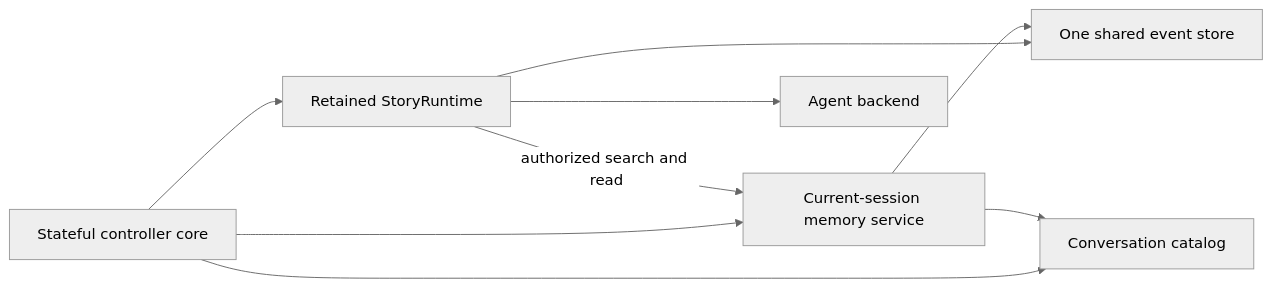
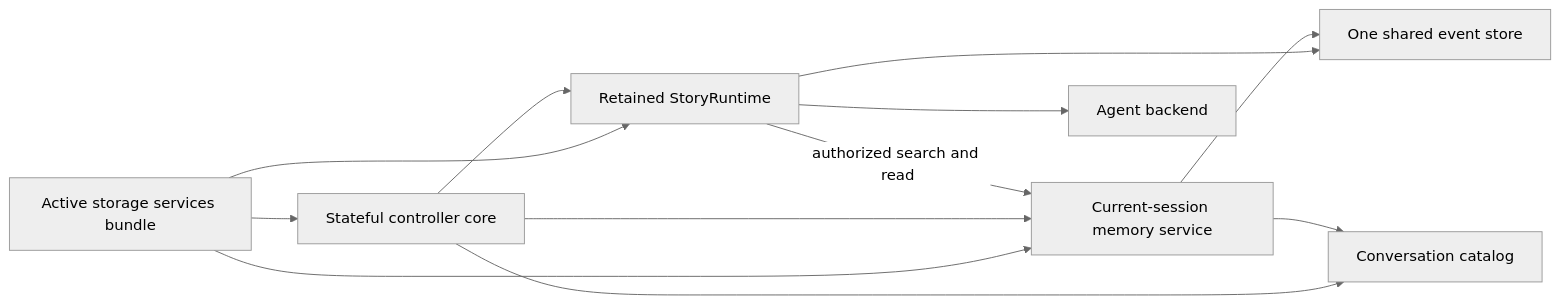
The diagram in docs/design/overview.md (Kims-DeveloperGroup/story-writing-agents), drawn with Mermaid (neutral theme) before and after one commit. The commit also changed other lines of this file and 17 other files, not shown here.

````diff
--- a/docs/design/overview.md
+++ b/docs/design/overview.md
@@ -243,13 +245,16 @@
 ```mermaid
 flowchart LR
     accTitle: Interactive conversation ownership
-    accDescr: The controller passes its current-session memory service to the runtime, which alone authorizes provider-requested reads.
+    accDescr: One startup-selected storage bundle supplies the controller, runtime, and current-session memory service; runtime alone authorizes provider-requested reads.
+    S[Active storage services bundle] --> C
+    S --> R
+    S --> M
     C[Stateful controller core] --> R[Retained StoryRuntime]
     C --> M[Current-session memory service]
     C --> K[Conversation catalog]
     R -->|authorized search and read| M
     R --> B[Agent backend]
     R --> E[One shared event store]
     M --> E
     M --> K
 ```
````
